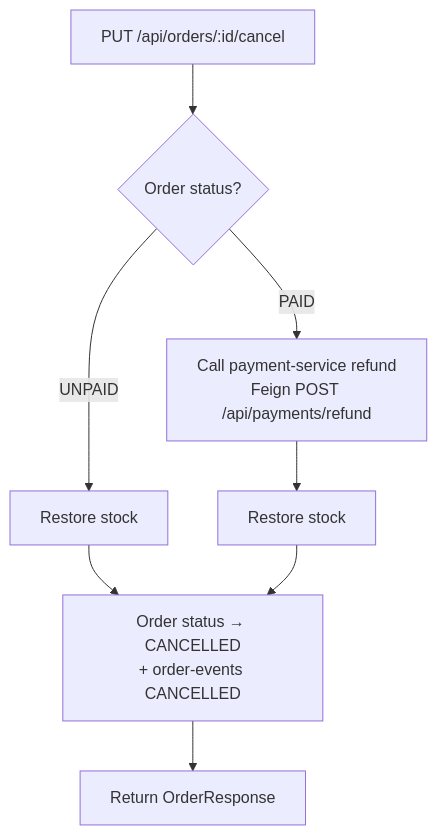
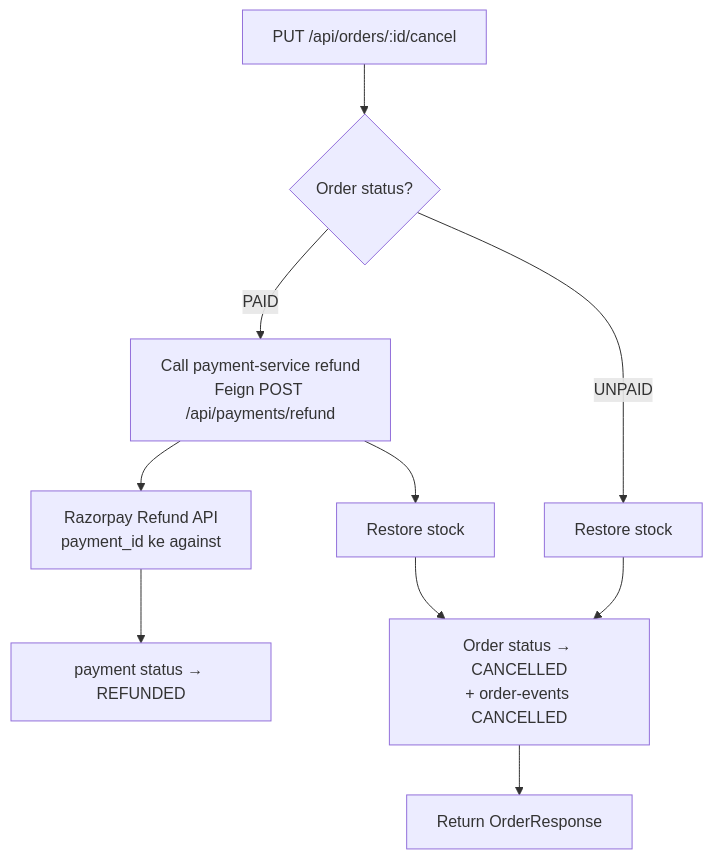
Before and after one commit to shubhamdagar9854/OrderPulse: the fifth of 8 diagrams in README.md, drawn with Mermaid. The commit also changed other lines of this file and 17 other files, not shown here.

````diff
--- a/README.md
+++ b/README.md
@@ -190,10 +200,12 @@
 ```mermaid
 flowchart TD
     A[PUT /api/orders/:id/cancel] --> B{Order status?}
     B -->|UNPAID| C[Restore stock]
     B -->|PAID| D[Call payment-service refund<br/>Feign POST /api/payments/refund]
+    D --> D1[Razorpay Refund API<br/>payment_id ke against]
+    D1 --> D2[payment status → REFUNDED]
     D --> E[Restore stock]
     C --> F[Order status → CANCELLED<br/>+ order-events CANCELLED]
     E --> F
     F --> G[Return OrderResponse]
 ```
````
